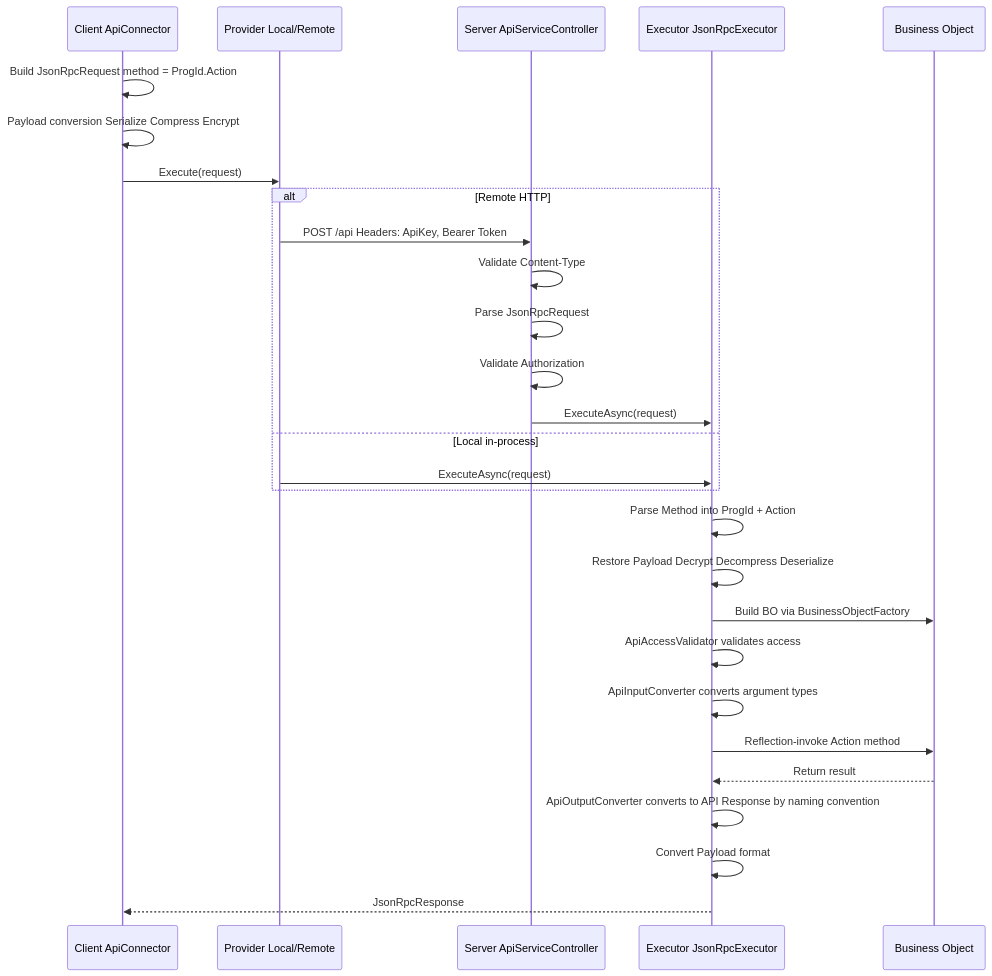
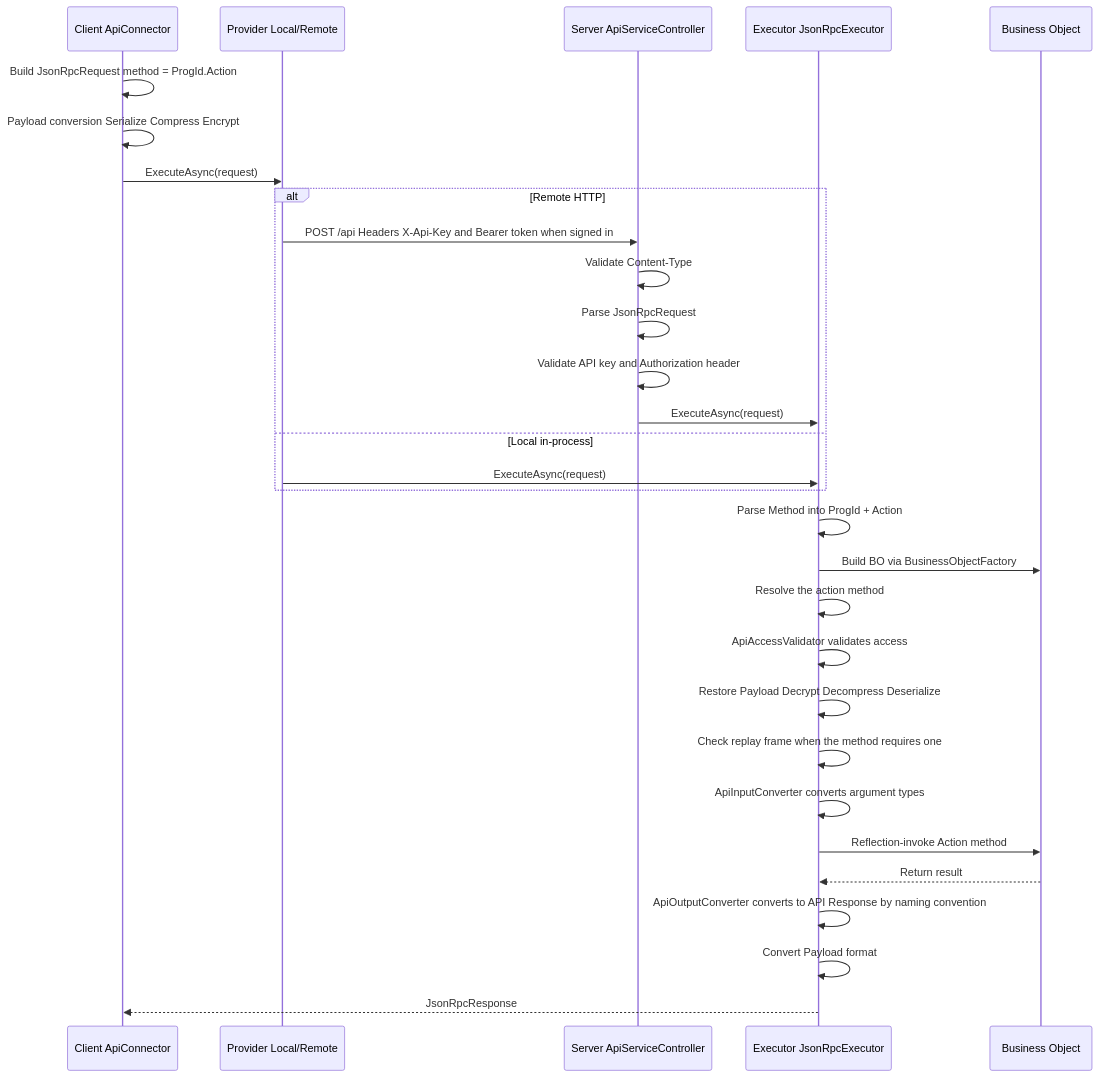
One commit to polhem-dev/polhem changed the diagram in docs/en/development-cookbook.md. Above: the diagram before and after it, drawn with Mermaid. The commit also changed other lines of this file and 53 other files, not shown here.

````diff
--- a/docs/en/development-cookbook.md
+++ b/docs/en/development-cookbook.md
@@ -77,33 +82,35 @@
 ```mermaid
 sequenceDiagram
     participant C as Client ApiConnector
     participant P as Provider Local/Remote
     participant S as Server ApiServiceController
     participant E as Executor JsonRpcExecutor
     participant B as Business Object
 
     C->>C: Build JsonRpcRequest method = ProgId.Action
     C->>C: Payload conversion Serialize Compress Encrypt
-    C->>P: Execute(request)
+    C->>P: ExecuteAsync(request)
 
     alt Remote HTTP
-        P->>S: POST /api Headers: ApiKey, Bearer Token
+        P->>S: POST /api Headers X-Api-Key and Bearer token when signed in
         S->>S: Validate Content-Type
         S->>S: Parse JsonRpcRequest
-        S->>S: Validate Authorization
+        S->>S: Validate API key and Authorization header
         S->>E: ExecuteAsync(request)
     else Local in-process
         P->>E: ExecuteAsync(request)
     end
 
     E->>E: Parse Method into ProgId + Action
+    E->>B: Build BO via BusinessObjectFactory
+    E->>E: Resolve the action method
+    E->>E: ApiAccessValidator validates access
     E->>E: Restore Payload Decrypt Decompress Deserialize
-    E->>B: Build BO via BusinessObjectFactory
-    E->>E: ApiAccessValidator validates access
+    E->>E: Check replay frame when the method requires one
     E->>E: ApiInputConverter converts argument types
     E->>B: Reflection-invoke Action method
     B-->>E: Return result
     E->>E: ApiOutputConverter converts to API Response by naming convention
     E->>E: Convert Payload format
     E-->>C: JsonRpcResponse
 ```
````
